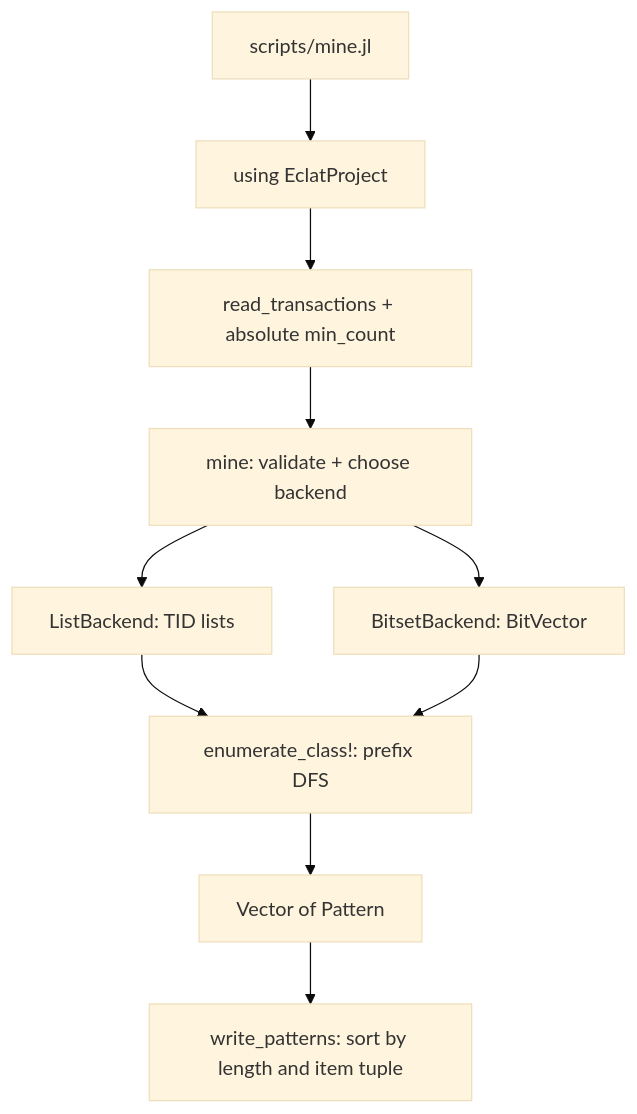
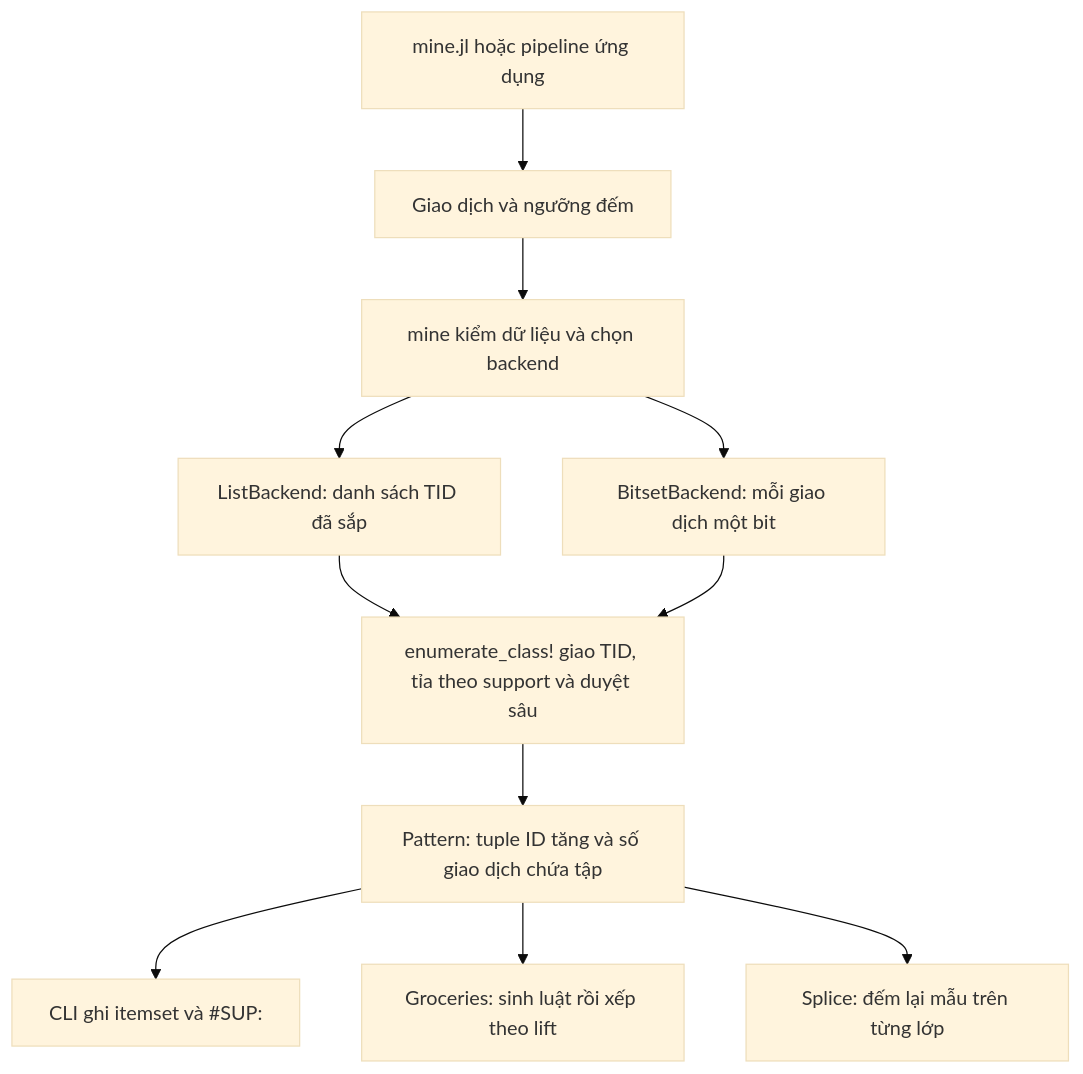
One commit to phuctran33/-DM-Eclat changed the diagram in docs/ARCHITECTURE.md. Above: the diagram before and after it, drawn with Mermaid (base theme). The commit also changed other lines of this file and 23 other files, not shown here.

Commit message:
fix: specialize Eclat DFS and clarify the SPMF comparison

````diff
--- a/docs/ARCHITECTURE.md
+++ b/docs/ARCHITECTURE.md
@@ -25,12 +5,13 @@
 ```mermaid
 flowchart TD
-    CLI["scripts/mine.jl"] --> MOD["using EclatProject"]
-    MOD --> PARSE["read_transactions + absolute min_count"]
-    PARSE --> API["mine: validate + choose backend"]
-    API --> LIST["ListBackend: TID lists"]
-    API --> BITS["BitsetBackend: BitVector"]
-    LIST --> DFS["enumerate_class!: prefix DFS"]
-    BITS --> DFS
-    DFS --> RESULT["Vector of Pattern"]
-    RESULT --> OUT["write_patterns: sort by length and item tuple"]
+    CLI["mine.jl hoặc pipeline ứng dụng"] --> INPUT["Giao dịch và ngưỡng đếm"]
+    INPUT --> MINE["mine kiểm dữ liệu và chọn backend"]
+    MINE --> LIST["ListBackend: danh sách TID đã sắp"]
+    MINE --> BIT["BitsetBackend: mỗi giao dịch một bit"]
+    LIST --> DFS["enumerate_class! giao TID, tỉa theo support và duyệt sâu"]
+    BIT --> DFS
+    DFS --> PAT["Pattern: tuple ID tăng và số giao dịch chứa tập"]
+    PAT --> FILE["CLI ghi itemset và #SUP:"]
+    PAT --> GROC["Groceries: sinh luật rồi xếp theo lift"]
+    PAT --> DNA["Splice: đếm lại mẫu trên từng lớp"]
 ```
````
